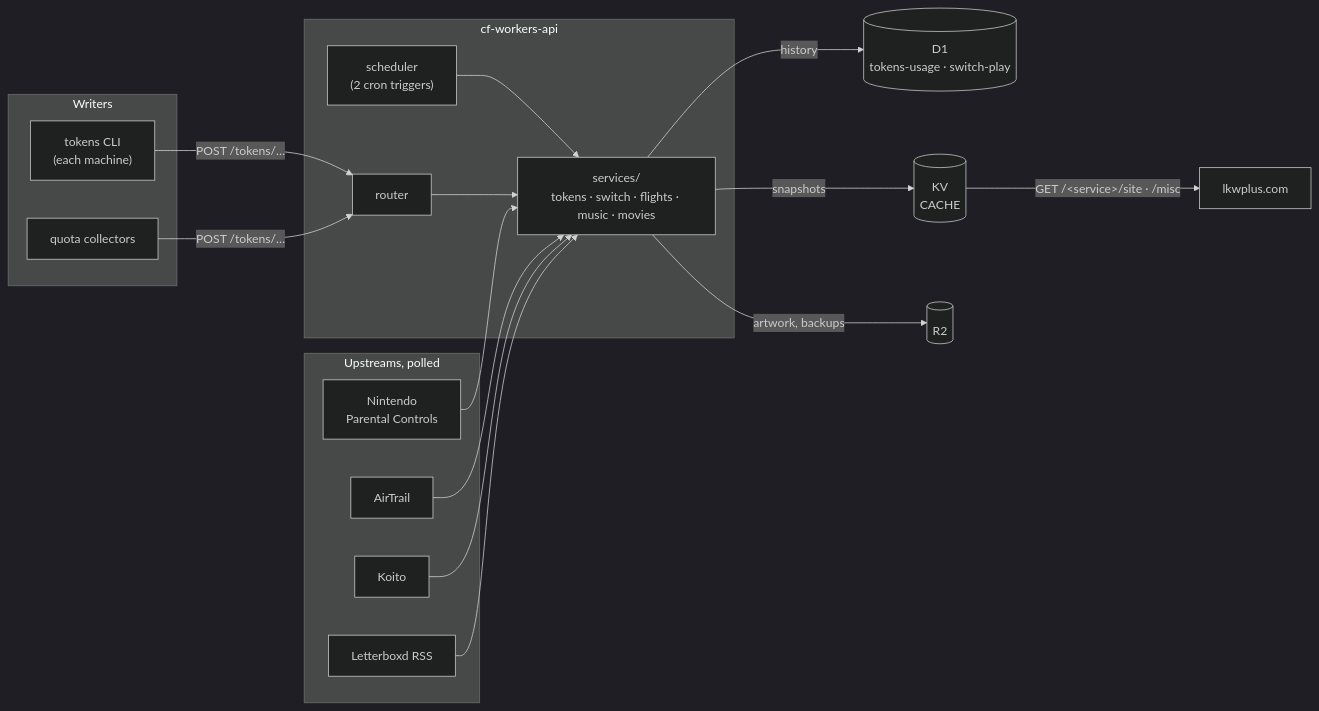
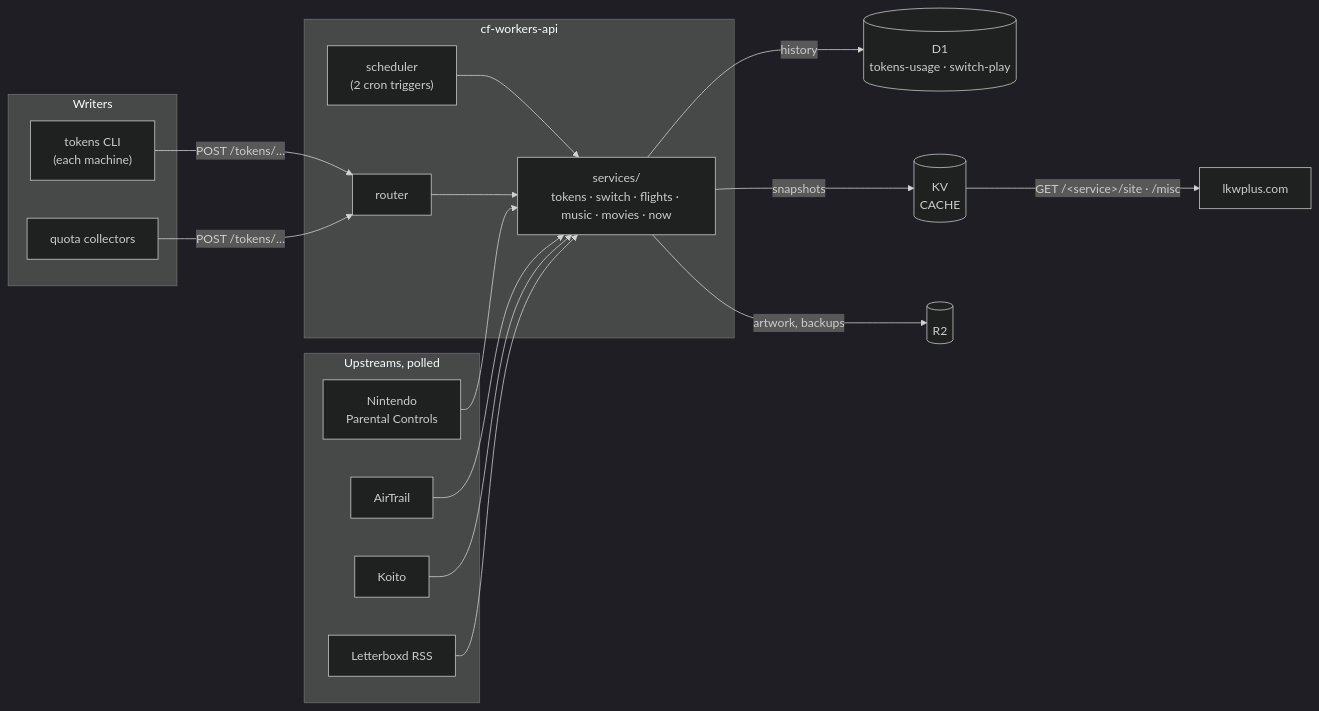
One commit to synthpop123/cf-workers-api changed the diagram in README.md. Above: the diagram before and after it, drawn with Mermaid (dark theme). The commit also changed other lines of this file and 11 other files, not shown here.

````diff
--- a/README.md
+++ b/README.md
@@ -10,26 +10,26 @@
 ```mermaid
 flowchart LR
   subgraph writers[Writers]
     CLI["tokens CLI<br/>(each machine)"]
     Collectors["quota collectors"]
   end
   subgraph upstreams[Upstreams, polled]
     Nintendo["Nintendo<br/>Parental Controls"]
     AirTrail["AirTrail"]
     Koito["Koito"]
     Letterboxd["Letterboxd RSS"]
   end
   subgraph worker[cf-workers-api]
     Router["router"]
     Scheduler["scheduler<br/>(2 cron triggers)"]
-    Services["services/<br/>tokens · switch · flights · music · movies"]
+    Services["services/<br/>tokens · switch · flights · music · movies · now"]
   end
   CLI & Collectors -->|POST /tokens/…| Router
   Scheduler --> Services
   Router --> Services
   Services -->|history| D1[("D1<br/>tokens-usage · switch-play")]
   Services -->|snapshots| KV[("KV<br/>CACHE")]
   Services -->|artwork, backups| R2[("R2")]
   Nintendo & AirTrail & Koito & Letterboxd --> Services
   KV -->|"GET /&lt;service&gt;/site · /misc"| Site["lkwplus.com"]
 ```
````
